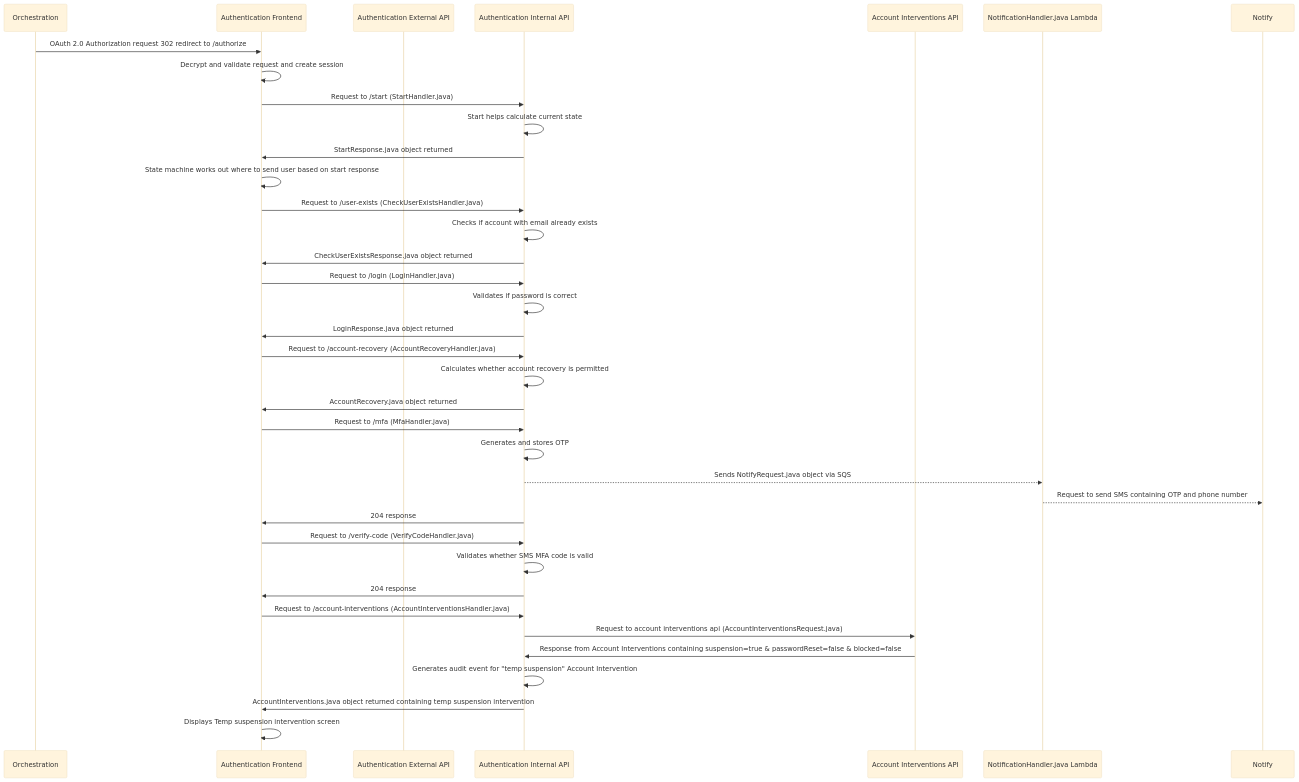
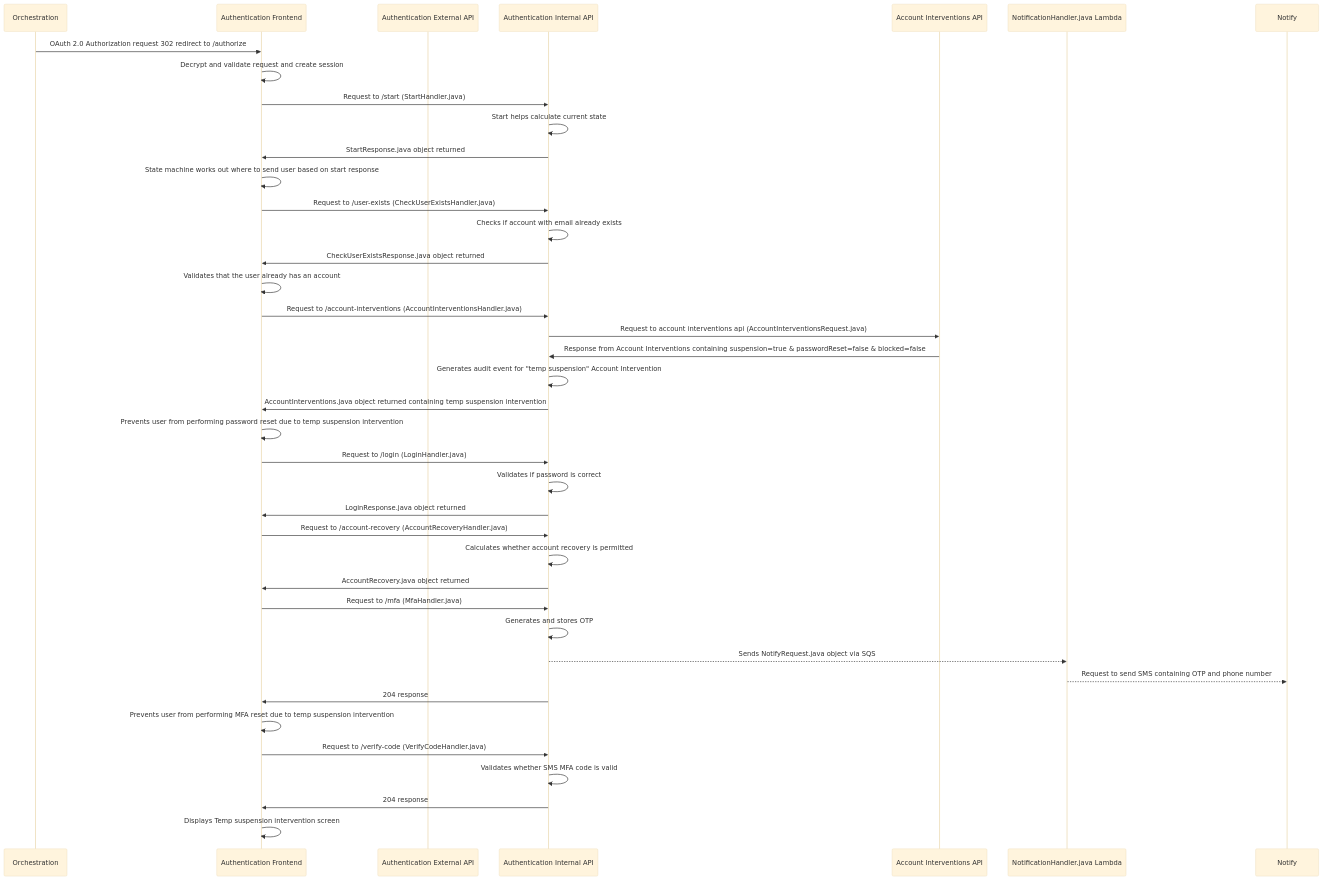
One commit to govuk-one-login/authentication-api changed the diagram in docs/diagrams/authentication/login/account-interventions/medium-sms/login-medium-level-sms-temp-suspension-intervention.mmd. Above: the diagram before and after it, drawn with Mermaid (base theme). The commit also changed 28 other files, not shown here.

First line of the commit message:
BAU - Update interventions diagram

```diff
--- a/docs/diagrams/authentication/login/account-interventions/medium-sms/login-medium-level-sms-temp-suspension-intervention.mmd
+++ b/docs/diagrams/authentication/login/account-interventions/medium-sms/login-medium-level-sms-temp-suspension-intervention.mmd
@@ -1,37 +1,40 @@
 sequenceDiagram
     participant orch_api as Orchestration
     participant auth_frontend as Authentication Frontend
     participant auth_external_api as Authentication External API
     participant auth_internal_api as Authentication Internal API
     participant account_interventions as Account Interventions API
     participant notification_queue as NotificationHandler.java Lambda   
     participant notify as Notify   
     orch_api ->> auth_frontend : OAuth 2.0 Authorization request 302 redirect to /authorize
     auth_frontend ->> auth_frontend : Decrypt and validate request and create session    
     auth_frontend ->> auth_internal_api : Request to /start (StartHandler.java)
     auth_internal_api ->> auth_internal_api : Start helps calculate current state
     auth_internal_api ->> auth_frontend : StartResponse.java object returned
     auth_frontend ->> auth_frontend : State machine works out where to send user based on start response
     auth_frontend ->> auth_internal_api : Request to /user-exists (CheckUserExistsHandler.java)
     auth_internal_api ->> auth_internal_api : Checks if account with email already exists
     auth_internal_api ->> auth_frontend: CheckUserExistsResponse.java object returned
+    auth_frontend ->> auth_frontend: Validates that the user already has an account
+    auth_frontend ->> auth_internal_api : Request to /account-interventions (AccountInterventionsHandler.java)
+    auth_internal_api ->> account_interventions : Request to account interventions api (AccountInterventionsRequest.java)
+    account_interventions ->> auth_internal_api : Response from Account Interventions containing suspension=true & passwordReset=false & blocked=false
+    auth_internal_api ->> auth_internal_api : Generates audit event for "temp suspension" Account Intervention
+    auth_internal_api ->> auth_frontend: AccountInterventions.java object returned containing temp suspension intervention
+    auth_frontend ->> auth_frontend: Prevents user from performing password reset due to temp suspension intervention
     auth_frontend ->> auth_internal_api : Request to /login (LoginHandler.java)
     auth_internal_api ->> auth_internal_api : Validates if password is correct
     auth_internal_api ->> auth_frontend: LoginResponse.java object returned
     auth_frontend ->> auth_internal_api : Request to /account-recovery (AccountRecoveryHandler.java)
     auth_internal_api ->> auth_internal_api : Calculates whether account recovery is permitted
     auth_internal_api ->> auth_frontend: AccountRecovery.java object returned
     auth_frontend ->> auth_internal_api : Request to /mfa (MfaHandler.java)
     auth_internal_api ->> auth_internal_api : Generates and stores OTP
     auth_internal_api -->> notification_queue : Sends NotifyRequest.java object via SQS
     notification_queue -->> notify : Request to send SMS containing OTP and phone number
     auth_internal_api ->> auth_frontend : 204 response 
+    auth_frontend ->> auth_frontend: Prevents user from performing MFA reset due to temp suspension intervention
     auth_frontend ->> auth_internal_api : Request to /verify-code (VerifyCodeHandler.java)
     auth_internal_api ->> auth_internal_api : Validates whether SMS MFA code is valid
     auth_internal_api ->> auth_frontend: 204 response
-    auth_frontend ->> auth_internal_api : Request to /account-interventions (AccountInterventionsHandler.java)
-    auth_internal_api ->> account_interventions : Request to account interventions api (AccountInterventionsRequest.java)
-    account_interventions ->> auth_internal_api : Response from Account Interventions containing suspension=true & passwordReset=false & blocked=false
-    auth_internal_api ->> auth_internal_api : Generates audit event for "temp suspension" Account Intervention
-    auth_internal_api ->> auth_frontend: AccountInterventions.java object returned containing temp suspension intervention
     auth_frontend ->> auth_frontend : Displays Temp suspension intervention screen
```
